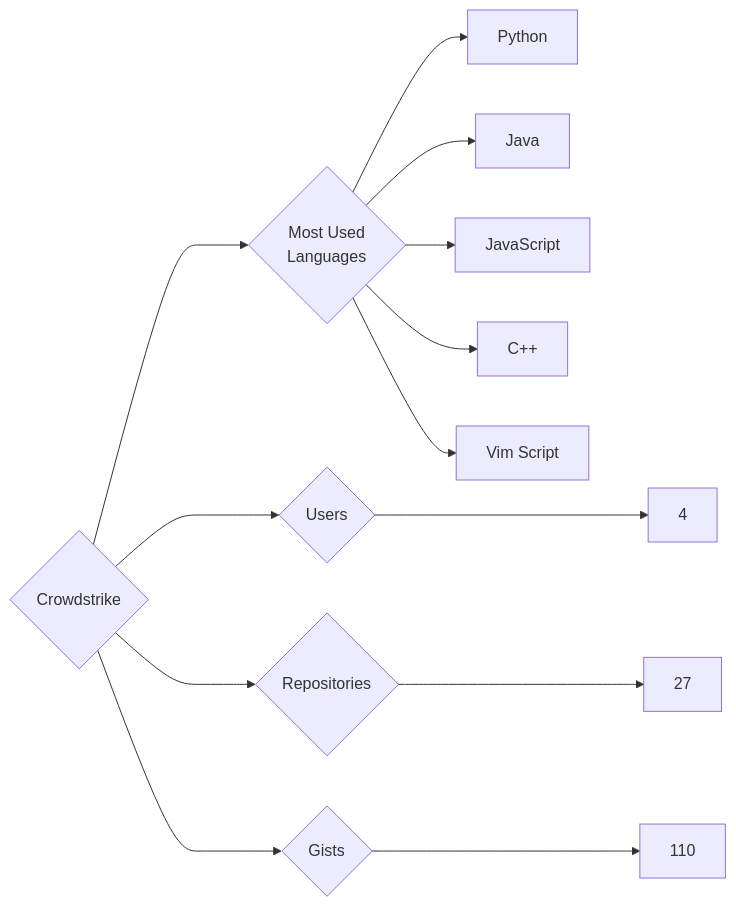
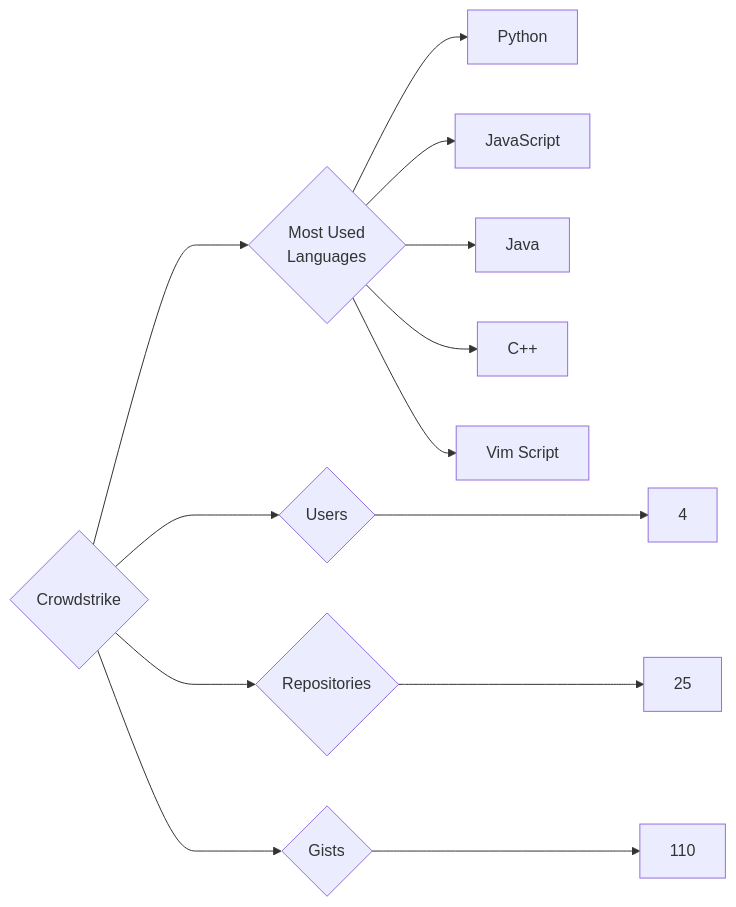
Before and after one commit to trickest/insiders: the diagram in targets/Crowdstrike/README.md, drawn with Mermaid. The commit also changed 938 other files, not shown here.

````diff
--- a/targets/Crowdstrike/README.md
+++ b/targets/Crowdstrike/README.md
@@ -3,13 +3,13 @@
 ```mermaid
 graph LR
 COMPANY_NAME{Crowdstrike}
 COMPANY_NAME ---> U{Users} ---> UN[4]
-COMPANY_NAME ---> R{Repositories} ---> RN[27]
+COMPANY_NAME ---> R{Repositories} ---> RN[25]
 COMPANY_NAME ---> G{Gists} ---> GN[110]
 COMPANY_NAME ---> ML{Most Used<br>Languages}
 ML --> Python[Python]
+ML --> JavaScript[JavaScript]
 ML --> Java[Java]
-ML --> JavaScript[JavaScript]
 ML --> C++[C++]
 ML --> Vim_Script[Vim Script]
 ```
````
